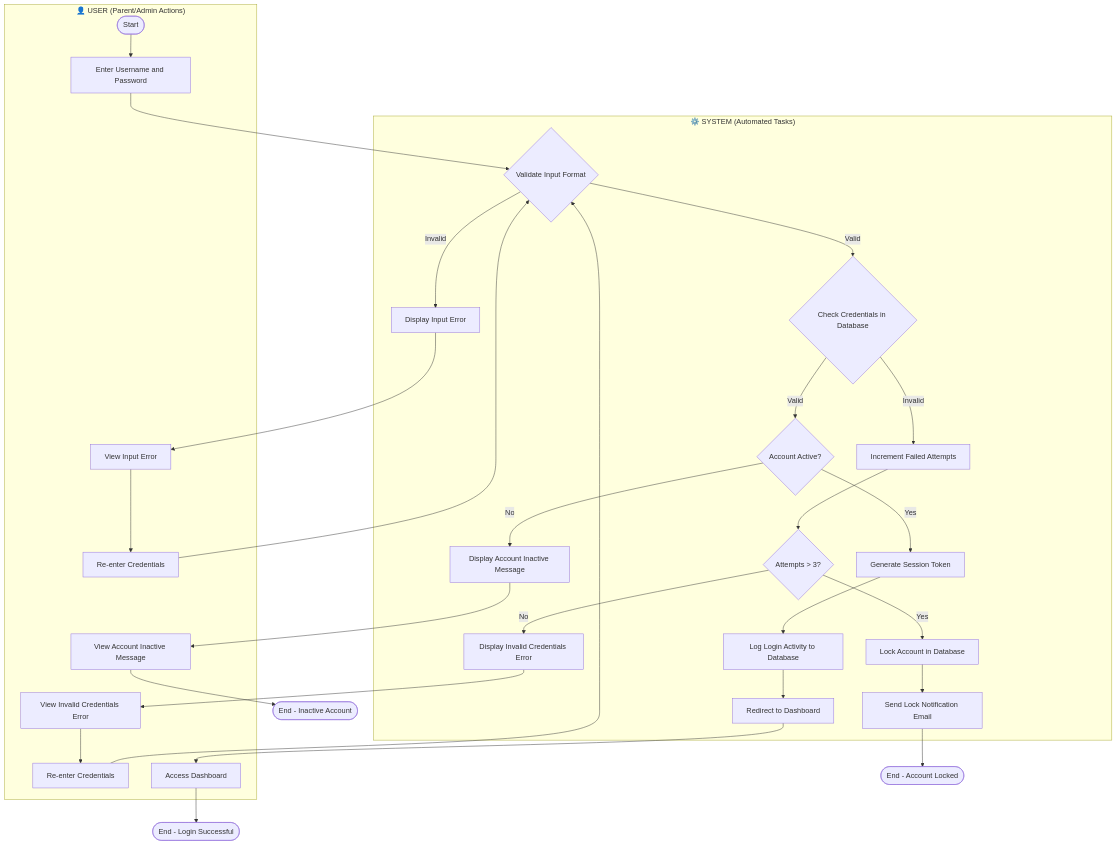
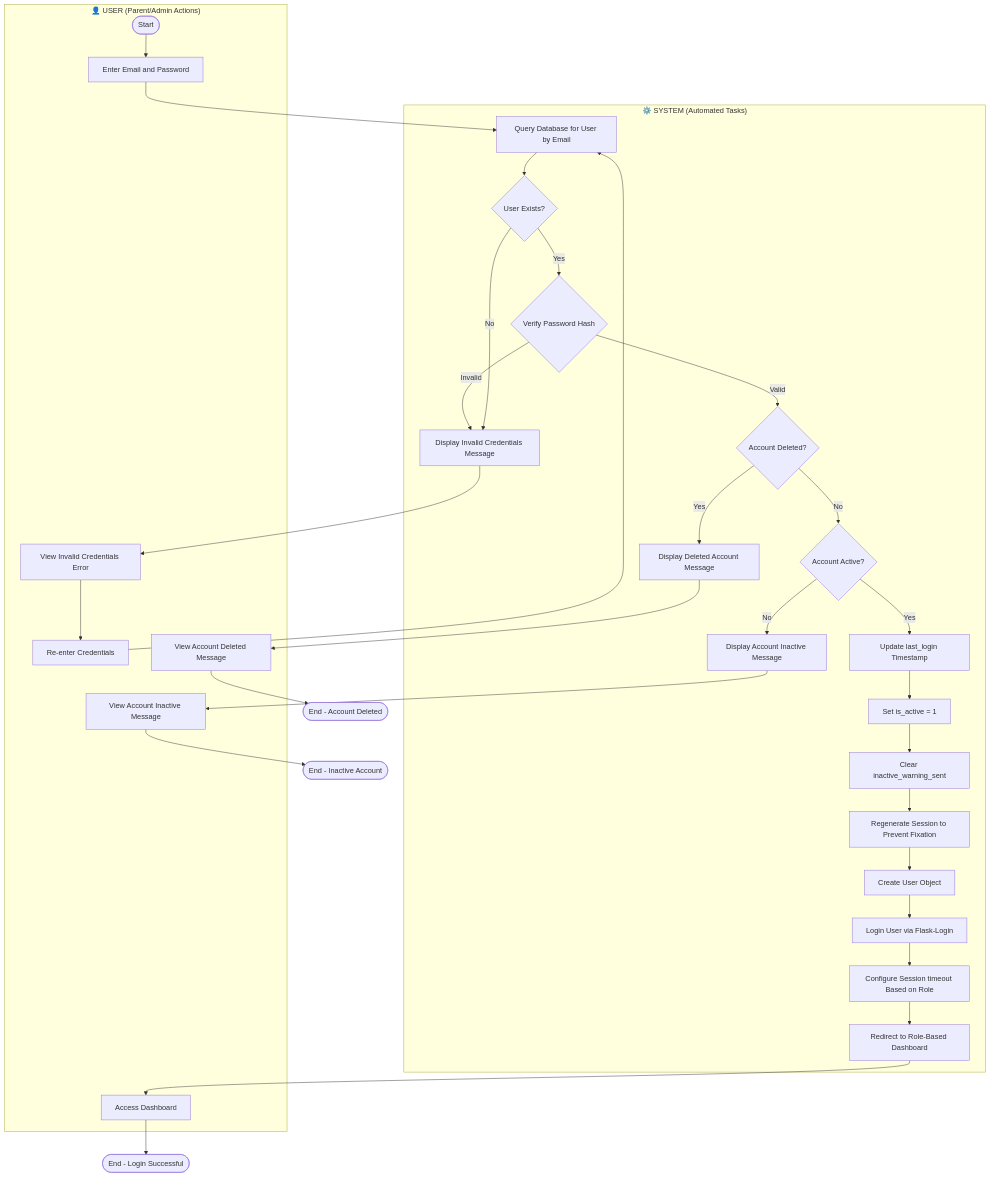
One commit to TongYwen/childfyp5 changed the seventh of 18 diagrams in diagrams.md. Above: the diagram before and after it, drawn with Mermaid. The commit also changed other lines of this file, not shown here.

First line of the commit message:
Update activity diagrams (4.2.1-4.2.4) to accurately reflect system code implementation

````diff
--- a/diagrams.md
+++ b/diagrams.md
@@ -253,59 +253,62 @@
 ```mermaid
 flowchart TD
     subgraph User["👤 USER (Parent/Admin Actions)"]
         Start([Start])
-        EnterCred[Enter Username and Password]
-        ReEnter1[Re-enter Credentials]
-        ReEnter2[Re-enter Credentials]
-        ViewError[View Input Error]
+        EnterCred[Enter Email and Password]
+        ReEnter[Re-enter Credentials]
         ViewInvalidError[View Invalid Credentials Error]
+        ViewDeletedError[View Account Deleted Message]
         ViewInactive[View Account Inactive Message]
         ViewDashboard[Access Dashboard]
     end
 
     subgraph System["⚙️ SYSTEM (Automated Tasks)"]
-        ValidateInput{Validate Input Format}
-        ShowError1[Display Input Error]
-        CheckCreds{Check Credentials in Database}
-        IncrementAttempts[Increment Failed Attempts]
-        CheckAttempts{Attempts > 3?}
-        LockAccount[Lock Account in Database]
-        SendLockEmail[Send Lock Notification Email]
-        ShowError2[Display Invalid Credentials Error]
-        CheckStatus{Account Active?}
-        ShowInactive[Display Account Inactive Message]
-        GenerateToken[Generate Session Token]
-        LogActivity[Log Login Activity to Database]
-        Redirect[Redirect to Dashboard]
+        QueryDB[Query Database for User by Email]
+        CheckExists{User Exists?}
+        VerifyPassword{Verify Password Hash}
+        CheckDeleted{Account Deleted?}
+        ShowDeletedMsg[Display Deleted Account Message]
+        CheckActive{Account Active?}
+        ShowInactiveMsg[Display Account Inactive Message]
+        UpdateLastLogin[Update last_login Timestamp]
+        ReactivateAccount[Set is_active = 1]
+        ClearWarning[Clear inactive_warning_sent]
+        RegenerateSession[Regenerate Session to Prevent Fixation]
+        CreateUserObj[Create User Object]
+        LoginUser[Login User via Flask-Login]
+        SetSessionConfig[Configure Session timeout Based on Role]
+        ShowInvalidMsg[Display Invalid Credentials Message]
+        RedirectToDashboard[Redirect to Role-Based Dashboard]
     end
 
     Start --> EnterCred
-    EnterCred --> ValidateInput
-    ValidateInput -->|Invalid| ShowError1
-    ShowError1 --> ViewError
-    ViewError --> ReEnter1
-    ReEnter1 --> ValidateInput
+    EnterCred --> QueryDB
+    QueryDB --> CheckExists
+    CheckExists -->|No| ShowInvalidMsg
+    CheckExists -->|Yes| VerifyPassword
+    VerifyPassword -->|Invalid| ShowInvalidMsg
+    ShowInvalidMsg --> ViewInvalidError
+    ViewInvalidError --> ReEnter
+    ReEnter --> QueryDB
 
-    ValidateInput -->|Valid| CheckCreds
-    CheckCreds -->|Invalid| IncrementAttempts
-    IncrementAttempts --> CheckAttempts
-    CheckAttempts -->|Yes| LockAccount
-    LockAccount --> SendLockEmail
-    SendLockEmail --> End1([End - Account Locked])
+    VerifyPassword -->|Valid| CheckDeleted
+    CheckDeleted -->|Yes| ShowDeletedMsg
+    ShowDeletedMsg --> ViewDeletedError
+    ViewDeletedError --> End1([End - Account Deleted])
 
-    CheckAttempts -->|No| ShowError2
-    ShowError2 --> ViewInvalidError
-    ViewInvalidError --> ReEnter2
-    ReEnter2 --> ValidateInput
-
-    CheckCreds -->|Valid| CheckStatus
-    CheckStatus -->|No| ShowInactive
-    ShowInactive --> ViewInactive
+    CheckDeleted -->|No| CheckActive
+    CheckActive -->|No| ShowInactiveMsg
+    ShowInactiveMsg --> ViewInactive
     ViewInactive --> End2([End - Inactive Account])
 
-    CheckStatus -->|Yes| GenerateToken
-    GenerateToken --> LogActivity
-    LogActivity --> Redirect
-    Redirect --> ViewDashboard
+    CheckActive -->|Yes| UpdateLastLogin
+    UpdateLastLogin --> ReactivateAccount
+    ReactivateAccount --> ClearWarning
+    ClearWarning --> RegenerateSession
+    RegenerateSession --> CreateUserObj
+    CreateUserObj --> LoginUser
+    LoginUser --> SetSessionConfig
+    SetSessionConfig --> RedirectToDashboard
+    RedirectToDashboard --> ViewDashboard
     ViewDashboard --> End3([End - Login Successful])
 ```
````
